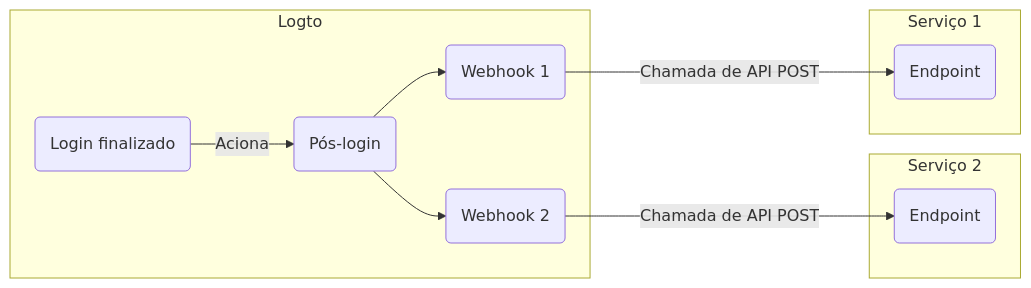
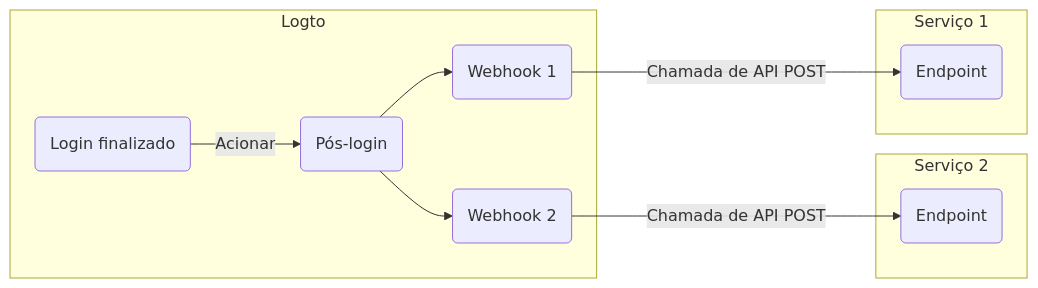
One commit to logto-io/docs changed the diagram in i18n/pt-BR/docusaurus-plugin-content-docs/current/developers/webhooks/README.mdx. Above: the diagram before and after it, drawn with Mermaid. The commit also changed other lines of this file and 161 other files, not shown here.

````diff
--- a/i18n/pt-BR/docusaurus-plugin-content-docs/current/developers/webhooks/README.mdx
+++ b/i18n/pt-BR/docusaurus-plugin-content-docs/current/developers/webhooks/README.mdx
@@ -36,24 +38,24 @@
 ```mermaid
 graph LR
   subgraph Logto
     SF(Login finalizado)
     PS(Pós-login)
     WH2(Webhook 2)
     WH1(Webhook 1)
   end
 
   subgraph Serviço 2
     E2(Endpoint)
   end
 
   subgraph Serviço 1
     E1(Endpoint)
   end
 
-  SF -->|Aciona| PS
+  SF -->|Acionar| PS
   PS --> WH1
   PS --> WH2
   WH1 --->|Chamada de API POST| E1
   WH2 --->|Chamada de API POST| E2
 
 ```
````
